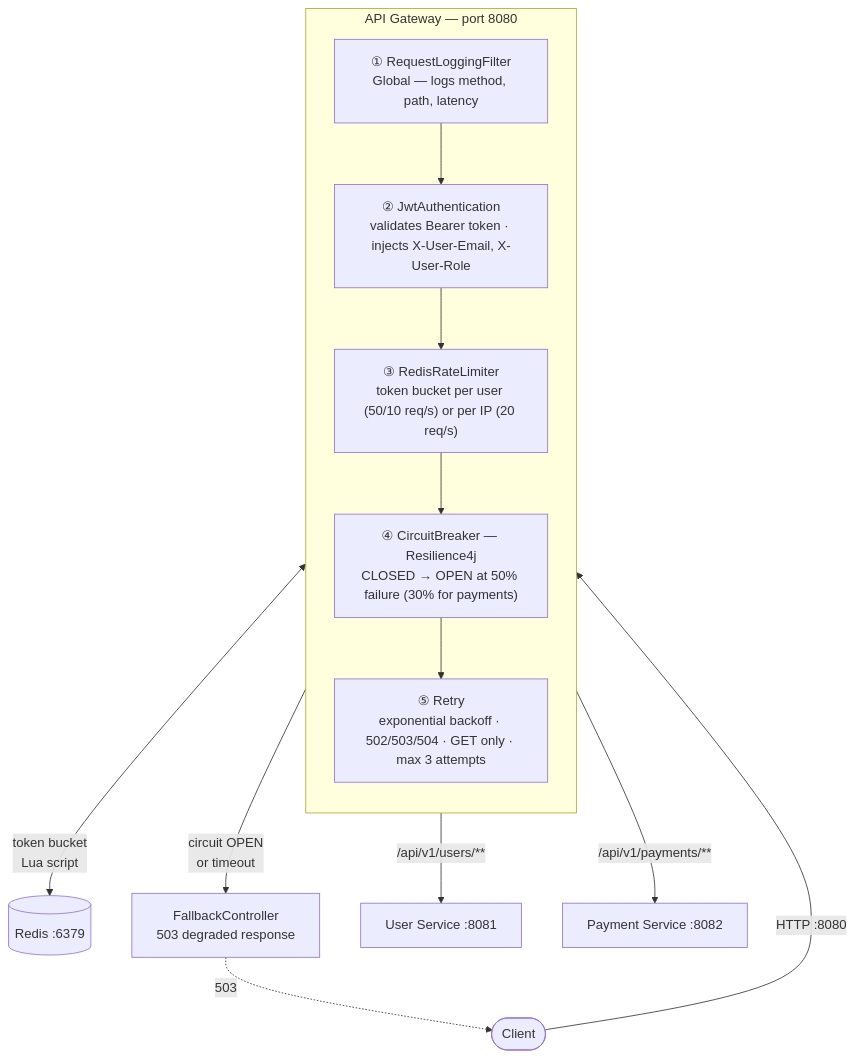
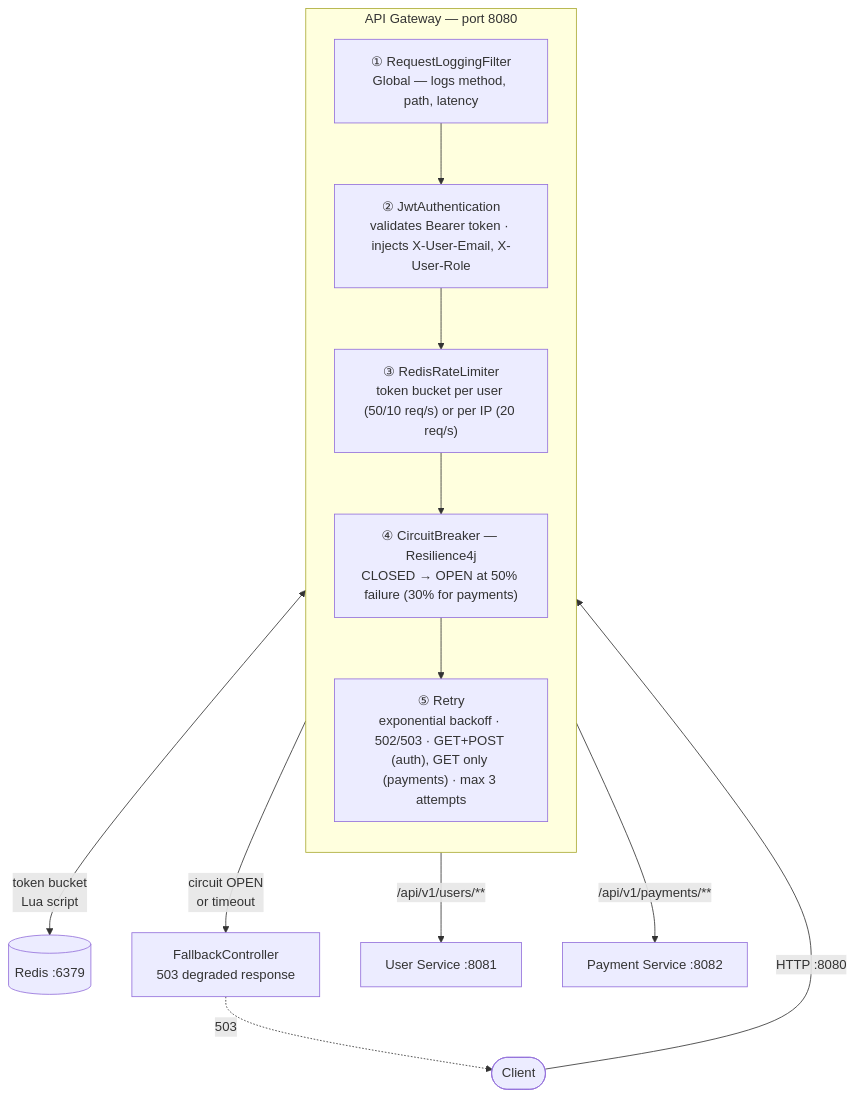
The first of 2 diagrams in README.md (M-Touiti/api-gateway-resilience-demo), drawn with Mermaid before and after one commit. The commit also changed other lines of this file and 1 other file, not shown here.

````diff
--- a/README.md
+++ b/README.md
@@ -16,21 +16,21 @@
 ```mermaid
 graph TD
     Client(["Client"])
 
     subgraph gw["API Gateway — port 8080"]
         direction TB
         F1["① RequestLoggingFilter<br/>Global — logs method, path, latency"]
         F2["② JwtAuthentication<br/>validates Bearer token · injects X-User-Email, X-User-Role"]
         F3["③ RedisRateLimiter<br/>token bucket per user (50/10 req/s) or per IP (20 req/s)"]
         F4["④ CircuitBreaker — Resilience4j<br/>CLOSED → OPEN at 50% failure (30% for payments)"]
-        F5["⑤ Retry<br/>exponential backoff · 502/503/504 · GET only · max 3 attempts"]
+        F5["⑤ Retry<br/>exponential backoff · 502/503 · GET+POST (auth), GET only (payments) · max 3 attempts"]
         F1 --> F2 --> F3 --> F4 --> F5
     end
 
     Client -->|"HTTP :8080"| F1
     F3 <-->|"token bucket<br/>Lua script"| R[("Redis :6379")]
     F4 -->|"circuit OPEN<br/>or timeout"| FB["FallbackController<br/>503 degraded response"]
     F5 -->|"/api/v1/users/**"| US["User Service :8081"]
     F5 -->|"/api/v1/payments/**"| PS["Payment Service :8082"]
     FB -.->|503| Client
 ```
````
